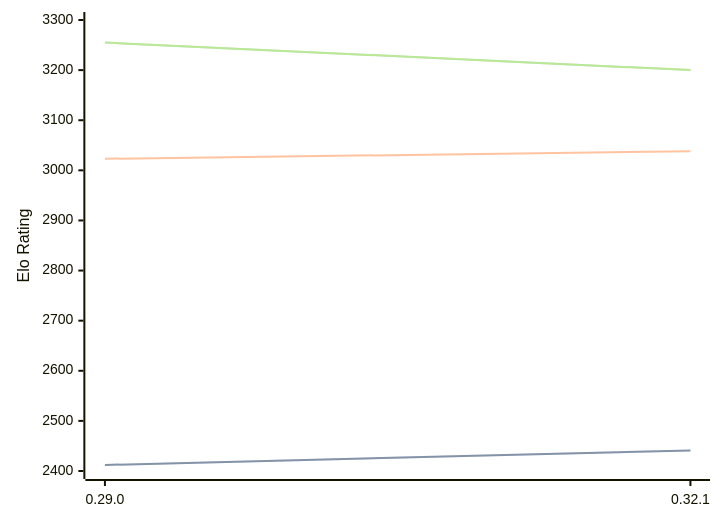
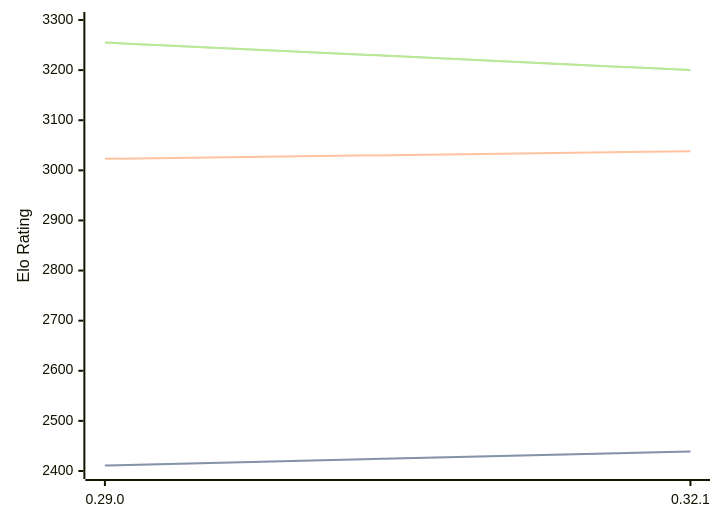
Before and after one commit to computer-chess-index/cci: the diagram in engines/Lc0.md, drawn with Mermaid. The commit also changed other lines of this file, not shown here.

````diff
--- a/engines/Lc0.md
+++ b/engines/Lc0.md
@@ -68,11 +68,11 @@
 ```mermaid
 %%{init: {"theme":"base","themeVariables":{"seriesColors:['#a3a3a3','#222221','#faa371']}}}%%
 xychart-beta
   x-axis ["0.29.0", "0.32.1"]
   y-axis "Elo Rating" 2400 --> 3300
-  line "STC (8.0+0.08s)" [2412, 2441]
-  line "STC (8.0+0.08s)" [2412, 2441]
+  line "STC (8.0+0.08s)" [2411, 2439]
+  line "STC (8.0+0.08s)" [2411, 2439]
   line "LTC (60.0+0.60s)" [3023, 3038]
   line "VLTC (2m24s+1.12s)" [3255, 3200]
   line "VLTC (2m24s+1.12s)" [3255, 3200]
 ```
````
